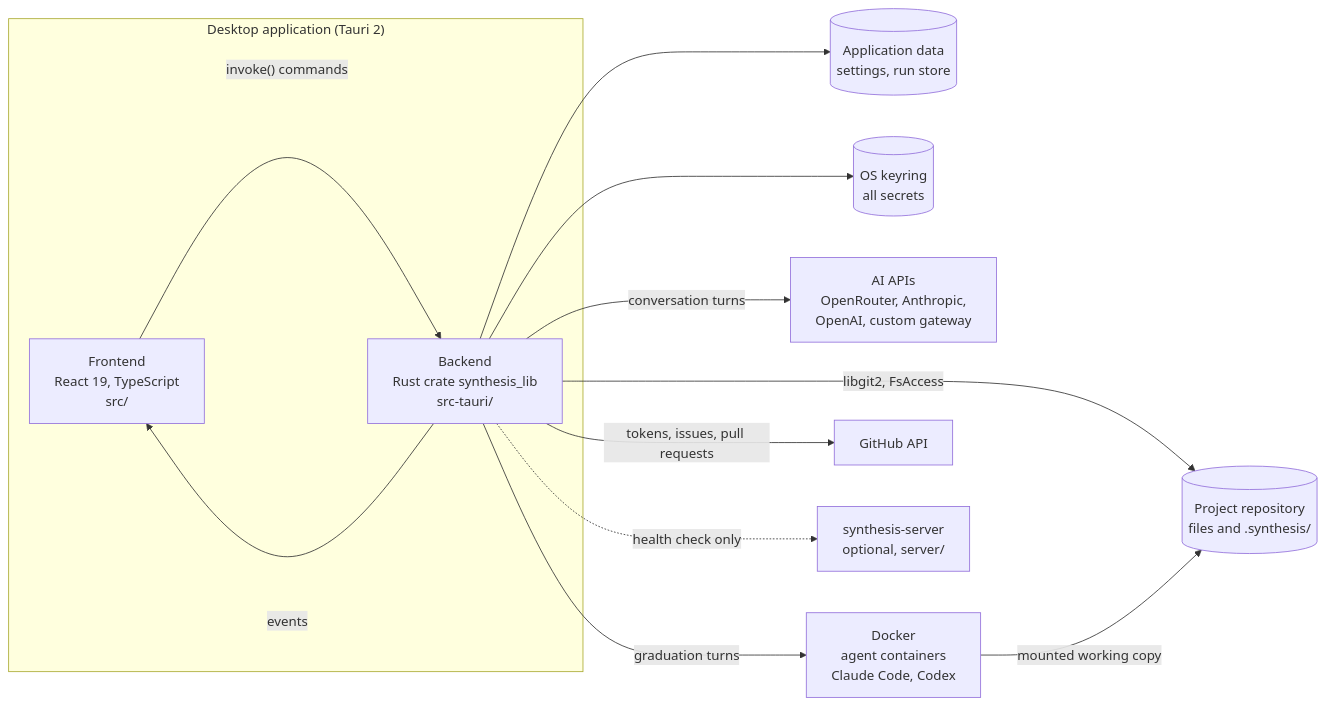
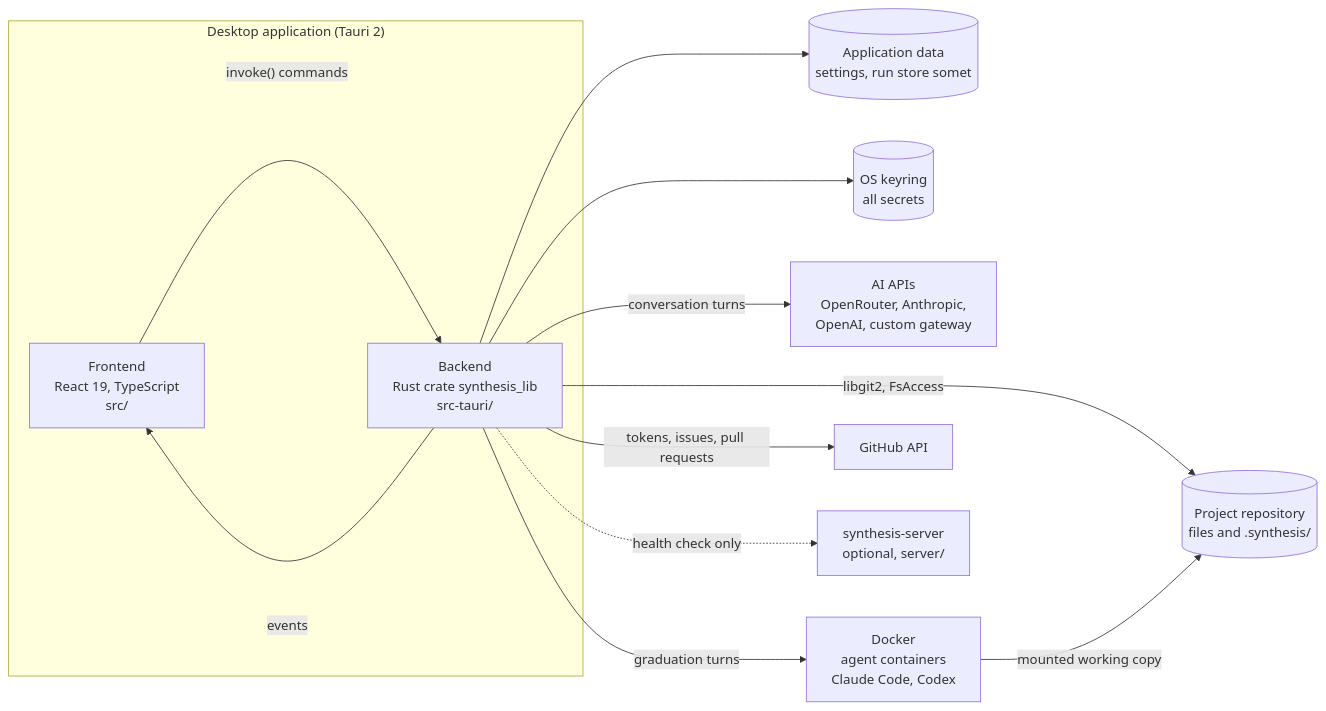
The first of 2 diagrams in docs/README.md (BR5-TECH/synthesis), drawn with Mermaid before and after one commit. The commit also changed other lines of this file and 2 other files, not shown here.

````diff
--- a/docs/README.md
+++ b/docs/README.md
@@ -13,26 +9,26 @@
 ```mermaid
 flowchart LR
     subgraph desktop["Desktop application (Tauri 2)"]
         ui["Frontend<br/>React 19, TypeScript<br/>src/"]
         core["Backend<br/>Rust crate synthesis_lib<br/>src-tauri/"]
         ui -- "invoke() commands" --> core
         core -- "events" --> ui
     end
 
     repo[("Project repository<br/>files and .synthesis/")]
-    appdata[("Application data<br/>settings, run store")]
+    appdata[("Application data<br/>settings, run store somet")]
     keyring[("OS keyring<br/>all secrets")]
     llm["AI APIs<br/>OpenRouter, Anthropic,<br/>OpenAI, custom gateway"]
     docker["Docker<br/>agent containers<br/>Claude Code, Codex"]
     github["GitHub API"]
     server["synthesis-server<br/>optional, server/"]
 
     core -- "libgit2, FsAccess" --> repo
     core --> appdata
     core --> keyring
     core -- "conversation turns" --> llm
     core -- "graduation turns" --> docker
     docker -- "mounted working copy" --> repo
     core -- "tokens, issues, pull requests" --> github
     core -. "health check only" .-> server
 ```
````
